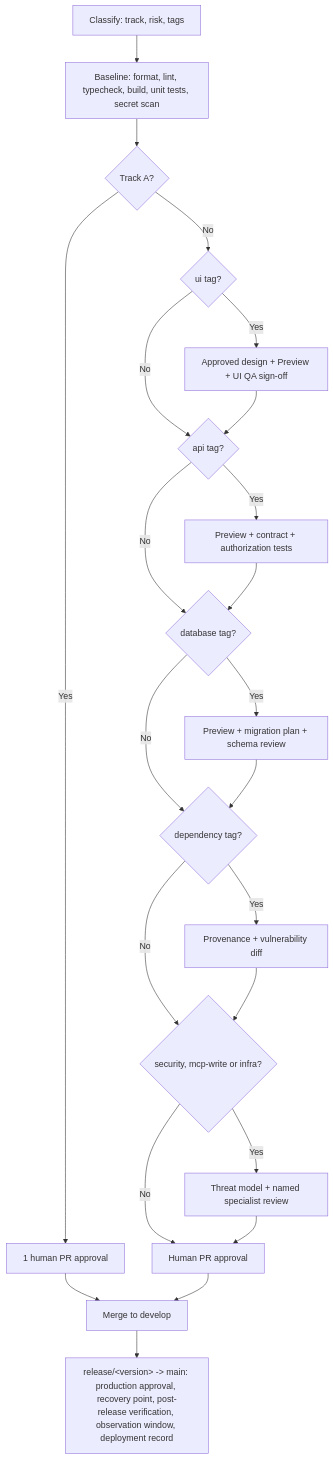
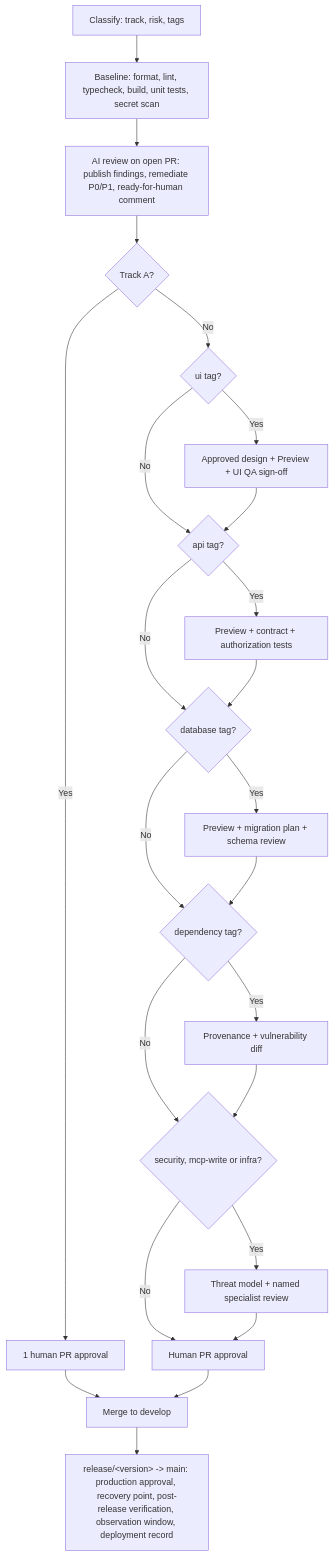
The diagram in diagrams/quality-gates.md (prishanf/AI-Development-Framework), drawn with Mermaid before and after one commit. The commit also changed other lines of this file and 24 other files, not shown here.

First line of the commit message:
AIDF v4.0.0 — require AI review after PR open before human approval.

````diff
--- a/diagrams/quality-gates.md
+++ b/diagrams/quality-gates.md
@@ -5,31 +5,32 @@
 ```mermaid
 flowchart TD
     classify[Classify: track, risk, tags] --> baseline[Baseline: format, lint, typecheck, build, unit tests, secret scan]
-    baseline --> trackA{Track A?}
+    baseline --> aireview[AI review on open PR: publish findings, remediate P0/P1, ready-for-human comment]
+    aireview --> trackA{Track A?}
     trackA -->|Yes| approve[1 human PR approval]
     approve --> merge[Merge to develop]
     trackA -->|No| ui{ui tag?}
 
     ui -->|Yes| uiqa[Approved design + Preview + UI QA sign-off]
     ui -->|No| api{api tag?}
     uiqa --> api
 
     api -->|Yes| contract[Preview + contract + authorization tests]
     api -->|No| db{database tag?}
     contract --> db
 
     db -->|Yes| migration[Preview + migration plan + schema review]
     db -->|No| dep{dependency tag?}
     migration --> dep
 
     dep -->|Yes| prov[Provenance + vulnerability diff]
     dep -->|No| secure{security, mcp-write or infra?}
     prov --> secure
 
     secure -->|Yes| threat[Threat model + named specialist review]
     secure -->|No| approve2[Human PR approval]
     threat --> approve2
     approve2 --> merge
 
     merge --> reltime[release/&lt;version&gt; -> main: production approval, recovery point, post-release verification, observation window, deployment record]
 ```
````
